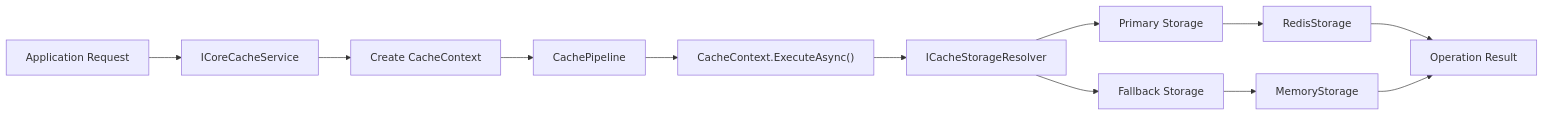
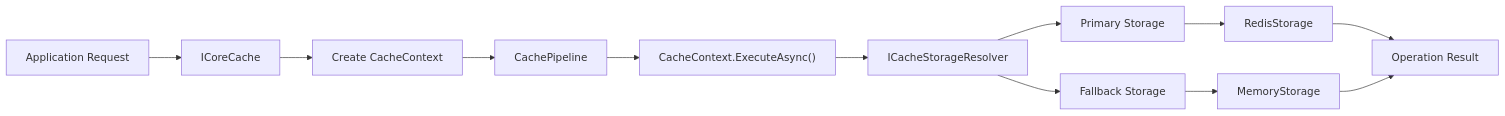
The second of 4 diagrams in docs/Cache/03-architecture-and-pipeline.md (FEDERIN/CoreSystem), drawn with Mermaid before and after one commit. The commit also changed other lines of this file and 5 other files, not shown here.

````diff
--- a/docs/Cache/03-architecture-and-pipeline.md
+++ b/docs/Cache/03-architecture-and-pipeline.md
@@ -91,35 +91,35 @@
 ```mermaid
 flowchart LR
 
     Request["Application Request"]
 
     Request
-        --> Service["ICoreCacheService"]
+        --> Service["ICoreCache"]
 
     Service
         --> Context["Create CacheContext"]
 
     Context
         --> Pipeline["CachePipeline"]
 
     Pipeline
         --> Execute["CacheContext.ExecuteAsync()"]
 
     Execute
         --> Resolver["ICacheStorageResolver"]
 
     Resolver
         --> Primary["Primary Storage"]
 
     Resolver
         --> Secondary["Fallback Storage"]
 
     Primary
         --> Redis["RedisStorage"]
 
     Secondary
         --> Memory["MemoryStorage"]
 
     Redis --> Result["Operation Result"]
     Memory --> Result
 ```
````
